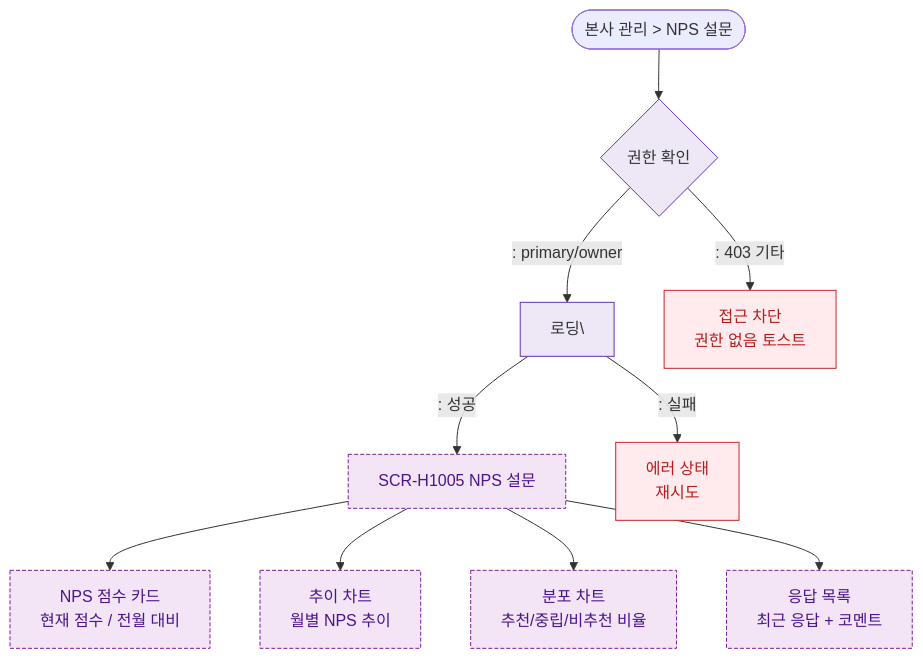
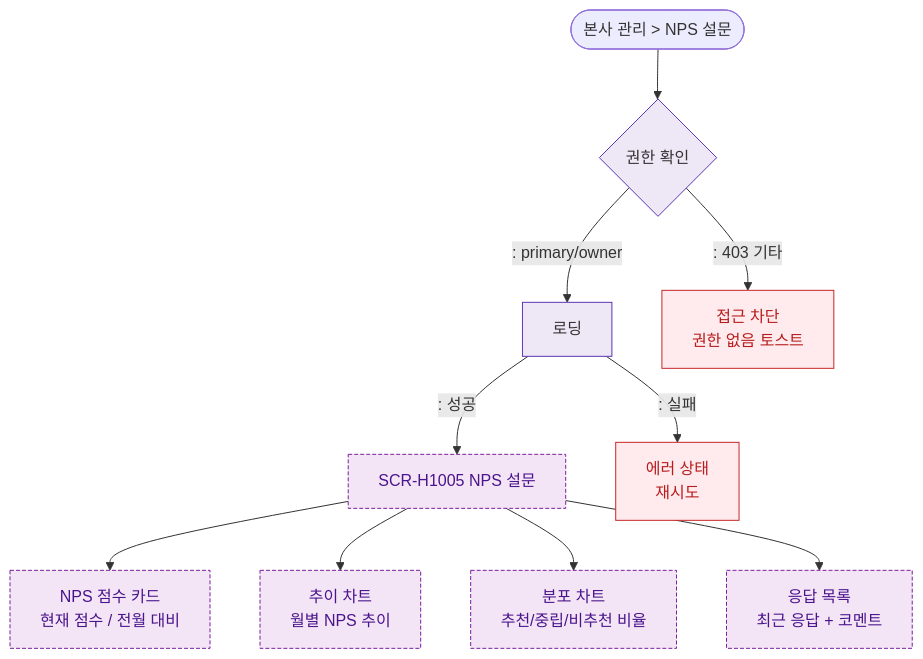
Before and after one commit to dev-spogym/admin-pando: the diagram in docs/admin/다이어그램/D10_본사관리/SCR-H1005_NPS설문/F1_진입.md, drawn with Mermaid. The commit also changed 369 other files, not shown here.

````diff
--- a/docs/admin/다이어그램/D10_본사관리/SCR-H1005_NPS설문/F1_진입.md
+++ b/docs/admin/다이어그램/D10_본사관리/SCR-H1005_NPS설문/F1_진입.md
@@ -12,23 +12,23 @@
 ```mermaid
 flowchart TD
     Sidebar([본사 관리 > NPS 설문]) --> Auth{권한 확인}
-    Auth -->|": primary/owner"|Loading[로딩\]
+    Auth -->|": primary/owner"|Loading[로딩]
     Auth -->|": 403 기타"|Blocked[접근 차단\n권한 없음 토스트]
 
     Loading -->|": 성공"|SCR104[SCR-H1005 NPS 설문\n]
     Loading -->|": 실패"|ErrorState[에러 상태\n재시도]
 
     SCR104 --> ScoreCard[NPS 점수 카드\n현재 점수 / 전월 대비]
     SCR104 --> TrendChart[추이 차트\n월별 NPS 추이]
     SCR104 --> DistChart[분포 차트\n추천/중립/비추천 비율]
     SCR104 --> ResponseList[응답 목록\n최근 응답 + 코멘트]
 
     classDef screen fill:#E3F2FD,stroke:#1976D2,color:#0D47A1
     classDef newFeature fill:#F3E5F5,stroke:#7B1FA2,color:#4A148C,stroke-dasharray:4 2
     classDef error fill:#FFEBEE,stroke:#C62828,color:#B71C1C
     classDef system fill:#EDE7F6,stroke:#5E35B2
     class SCR104 newFeature
     class ScoreCard,TrendChart,DistChart,ResponseList newFeature
     class ErrorState,Blocked error
     class Loading,Auth system
 ```
````
